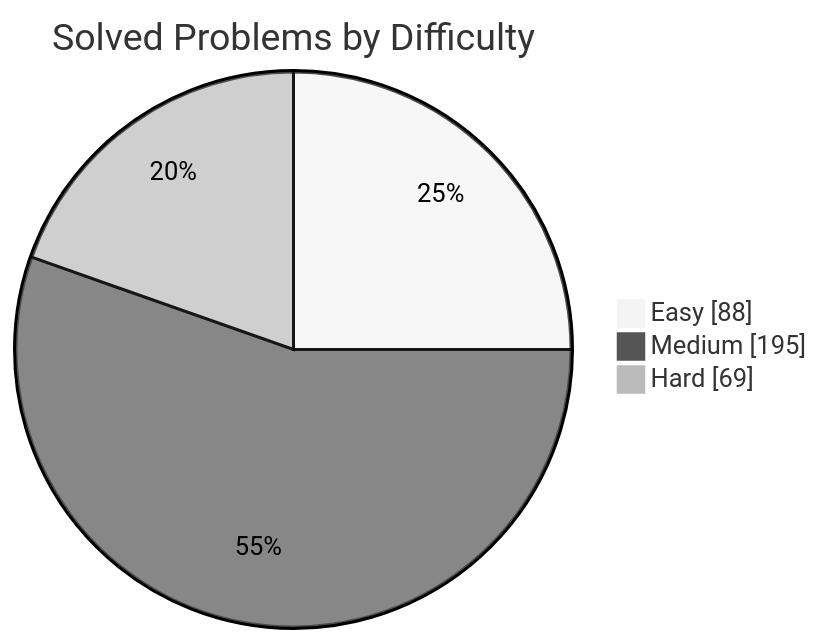
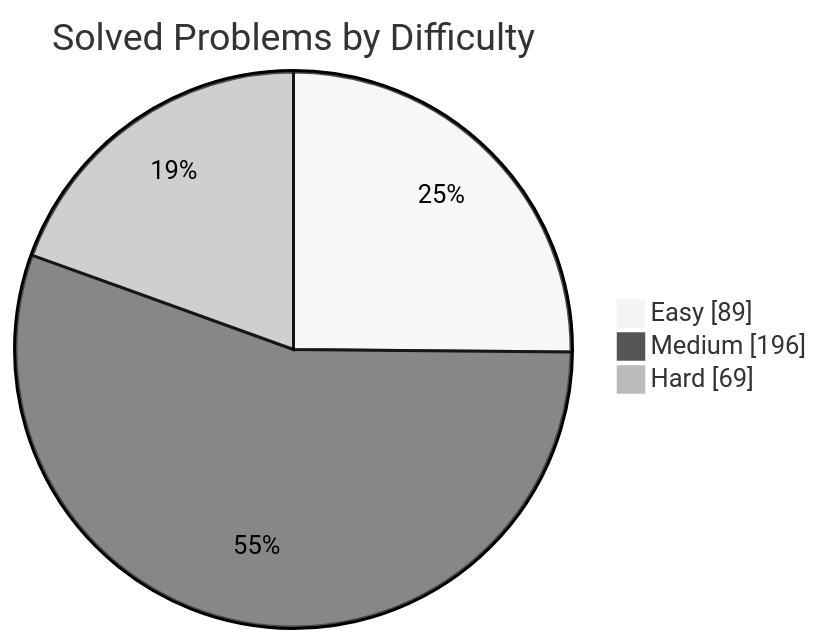
One commit to manikantbindass/DSA-Preparation-FAANG changed the first of 2 diagrams in README.md. Above: the diagram before and after it, drawn with Mermaid (neutral theme). The commit also changed other lines of this file and 1 other file, not shown here.

````diff
--- a/README.md
+++ b/README.md
@@ -77,7 +77,7 @@
 ```mermaid
 pie showData
     title Solved Problems by Difficulty
-    "Easy" : 88
-    "Medium" : 195
+    "Easy" : 89
+    "Medium" : 196
     "Hard" : 69
 ```
````
